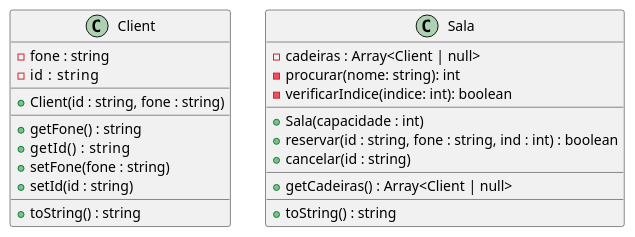
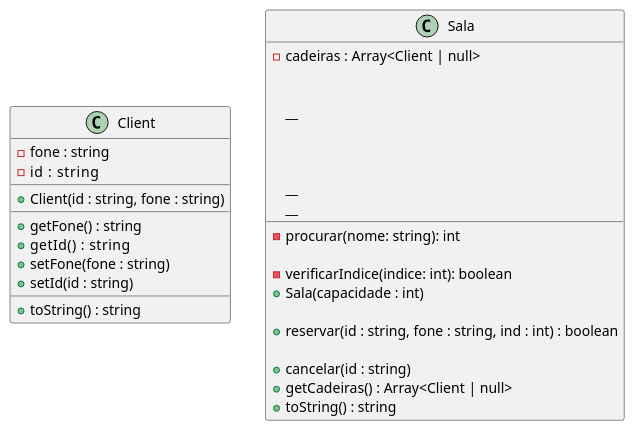
Before and after one commit to qxcodepoo/arcade: the diagram in base/010/.cache/Readme.md, drawn with PlantUML. The commit also changed 27 other files, not shown here.

````diff
--- a/base/010/.cache/Readme.md
+++ b/base/010/.cache/Readme.md
@@ -47,46 +47,46 @@
 ```plantuml
 class Client {
   - fone : string
   - id   : string
   __
   + Client(id : string, fone : string)
   __
   + getFone() : string
   + getId()   : string
   + setFone(fone : string)
   + setId(id : string)
   __
   + toString() : string
 }
 
 class Sala {
-  '
+  
   - cadeiras : Array<Client | null>
-  '
+  
   ' procura em todas as cadeiras não nulas
   ' pelo nome do cliente e se encontrar
   ' retorna o índice ou então -1
   - procurar(nome: string): int
-  '
+  
   ' verifica se o indice da cadeira é válido
   - verificarIndice(indice: int): boolean
   __
-  '
+  
   ' inicia todas as cadeiras como null
   + Sala(capacidade : int)
-  '
+  
   ' verifica se o índice é válido (use o método verificarIndice)
   ' verifica se a cadeira está ocupada
   ' verifica se o cliente já está na sala (use o método procurar)
   ' cria o cliente e coloca na cadeira
   + reservar(id : string, fone : string, ind : int) : boolean
-  '
+  
   ' procura o cliente pelo nome (use o método procurar)
   ' remover o cliente da cadeira
   + cancelar(id : string)
   __
   + getCadeiras() : Array<Client | null>
   __
   + toString() : string
 }
 ```
````
